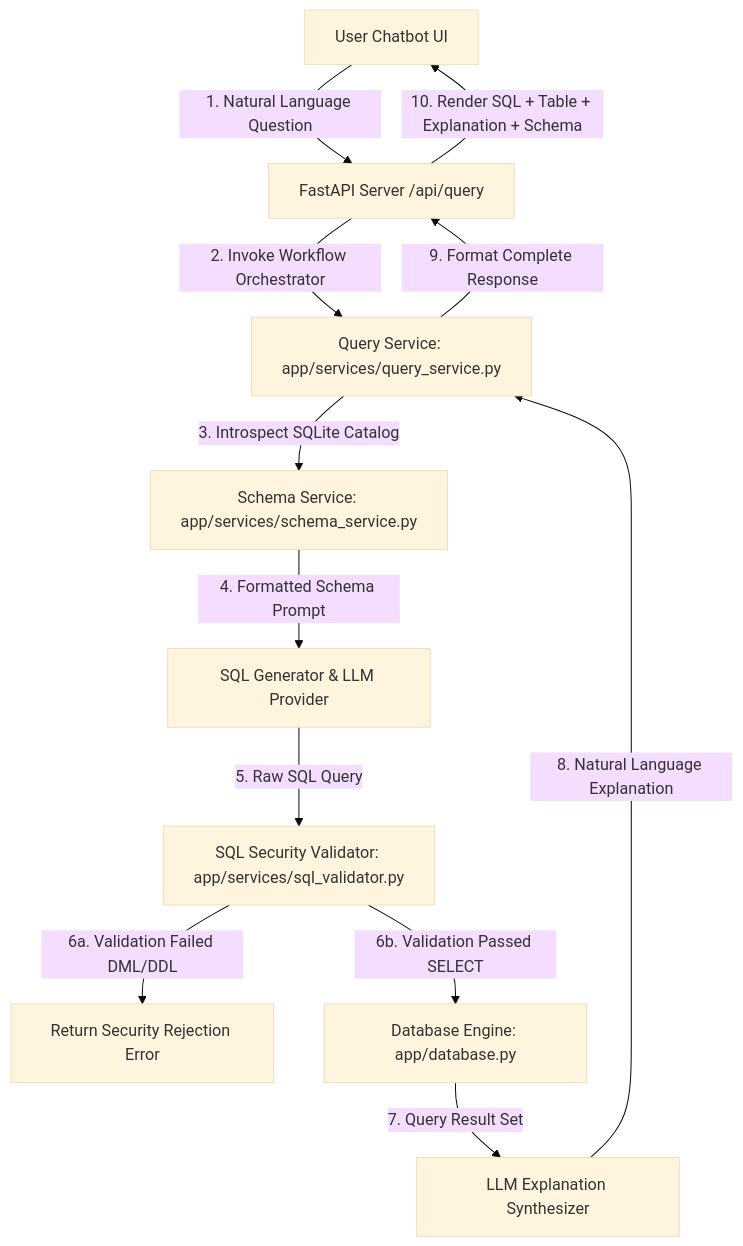
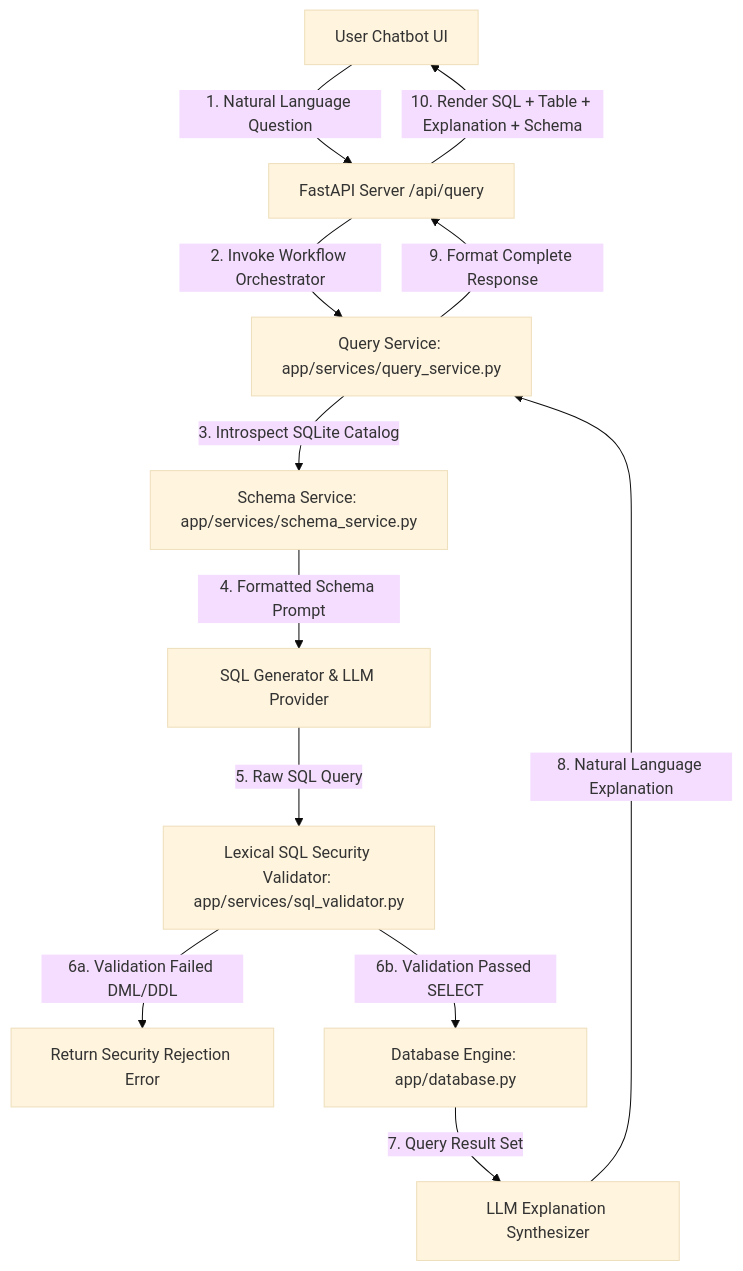
One commit to Vaishnav53/Applied-Agentic-AI-Lab-Experiments changed the first of 6 diagrams in AGENTIC_AI_LAB_COMPLETE_GUIDE.md. Above: the diagram before and after it, drawn with Mermaid (base theme). The commit also changed other lines of this file and 1 other file, not shown here.

Commit message:
docs: correct SQL validation terminology

````diff
--- a/AGENTIC_AI_LAB_COMPLETE_GUIDE.md
+++ b/AGENTIC_AI_LAB_COMPLETE_GUIDE.md
@@ -310,14 +316,14 @@
 ```mermaid
 graph TD
     A[User Chatbot UI] -->|1. Natural Language Question| B[FastAPI Server /api/query]
     B -->|2. Invoke Workflow Orchestrator| C[Query Service: app/services/query_service.py]
     C -->|3. Introspect SQLite Catalog| D[Schema Service: app/services/schema_service.py]
     D -->|4. Formatted Schema Prompt| E[SQL Generator & LLM Provider]
-    E -->|5. Raw SQL Query| F[SQL Security Validator: app/services/sql_validator.py]
+    E -->|5. Raw SQL Query| F[Lexical SQL Security Validator: app/services/sql_validator.py]
     F -->|6a. Validation Failed DML/DDL| G[Return Security Rejection Error]
     F -->|6b. Validation Passed SELECT| H[Database Engine: app/database.py]
     H -->|7. Query Result Set| I[LLM Explanation Synthesizer]
     I -->|8. Natural Language Explanation| C
     C -->|9. Format Complete Response| B
     B -->|10. Render SQL + Table + Explanation + Schema| A
 ```
````
